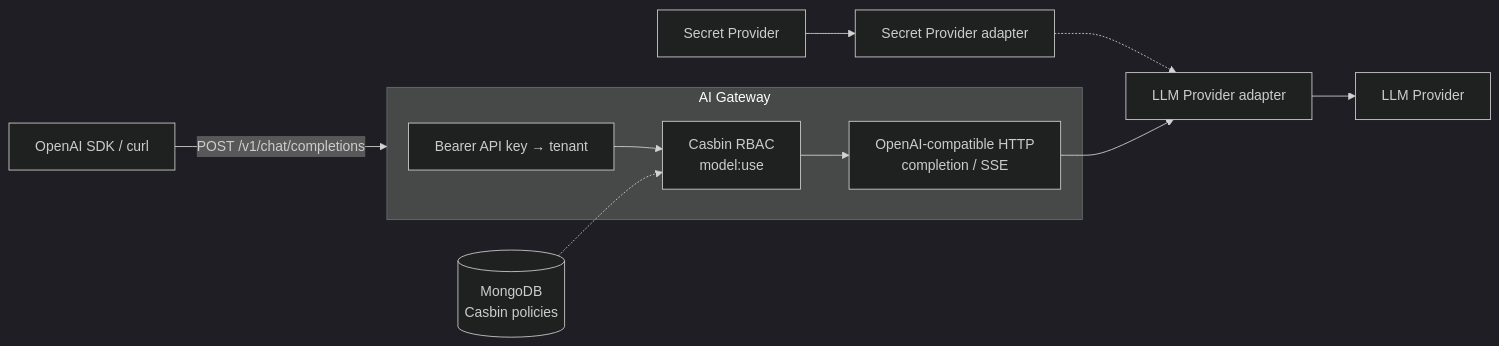
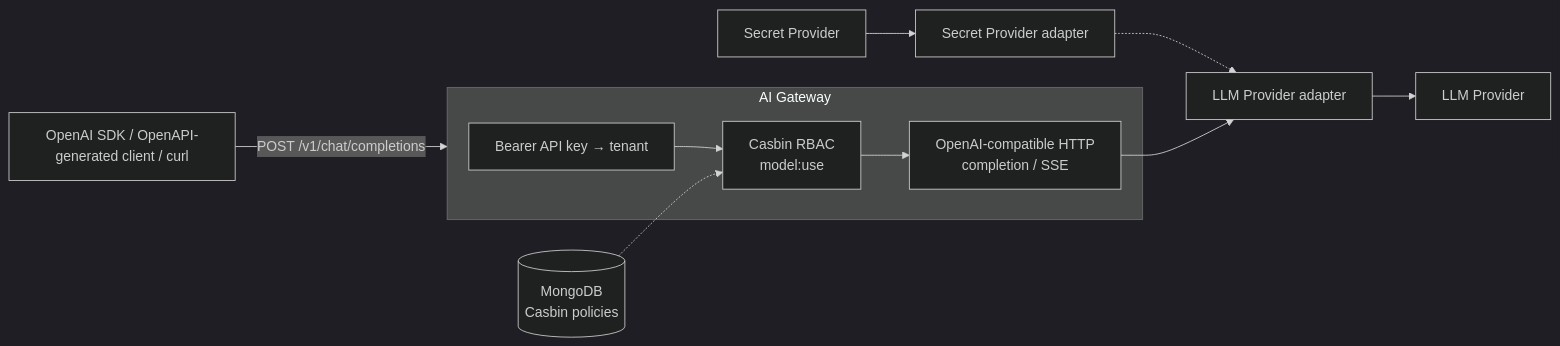
One commit to leomichalski/ai-gateway changed the diagram in README.md. Above: the diagram before and after it, drawn with Mermaid (dark theme).

Commit message:
docs: update client description

````diff
--- a/README.md
+++ b/README.md
@@ -9,13 +9,13 @@
 ```mermaid
 flowchart LR
-    client["OpenAI SDK / curl"] -->|"POST /v1/chat/completions"| gateway
+    client["OpenAI SDK / OpenAPI-generated client / curl"] -->|"POST /v1/chat/completions"| gateway
 
     subgraph gateway["AI Gateway"]
         auth["Bearer API key → tenant"] --> rbac["Casbin RBAC<br/>model:use"]
         rbac --> contract["OpenAI-compatible HTTP<br/>completion / SSE"]
     end
 
     mongo[("MongoDB<br/>Casbin policies")] -.-> rbac
     secretprovider["Secret Provider"] --> secretadapter["Secret Provider adapter"] -.-> adapter["LLM Provider adapter"]
     contract --> adapter --> llmapi["LLM Provider"]
 ```
````
